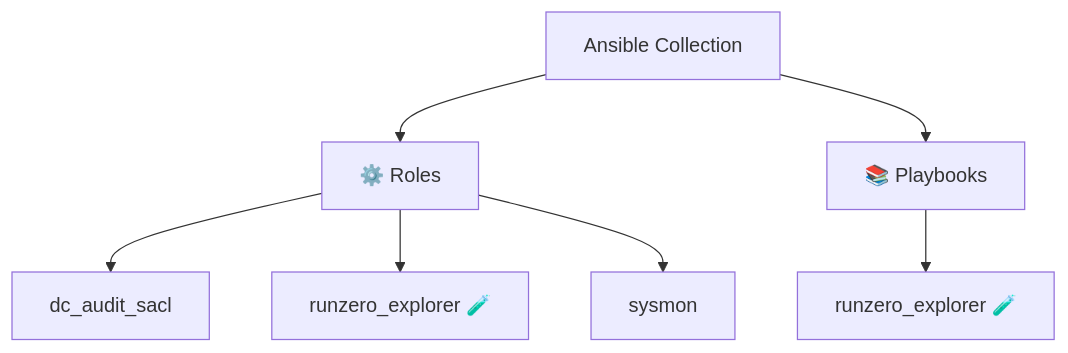
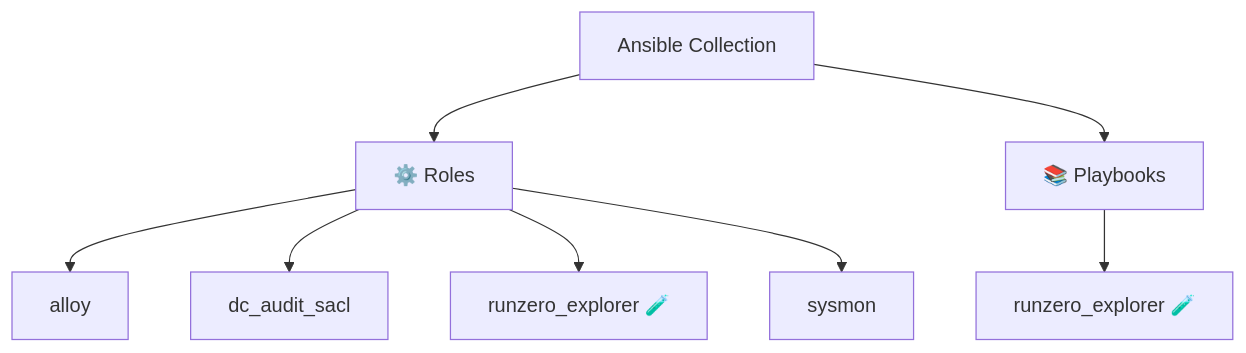
Before and after one commit to l50/ansible-collection-bulwark: the diagram in README.md, drawn with Mermaid. The commit also changed other lines of this file and 7 other files, not shown here.

````diff
--- a/README.md
+++ b/README.md
@@ -14,10 +14,11 @@
 ```mermaid
 graph TD
     Collection[Ansible Collection]
     Collection --> Roles[⚙️ Roles]
-    Roles --> R0[dc_audit_sacl]
-    Roles --> R1[runzero_explorer 🧪]
-    Roles --> R2[sysmon]
+    Roles --> R0[alloy]
+    Roles --> R1[dc_audit_sacl]
+    Roles --> R2[runzero_explorer 🧪]
+    Roles --> R3[sysmon]
     Collection --> Playbooks[📚 Playbooks]
     Playbooks --> PB0[runzero_explorer 🧪]
 ```
````
